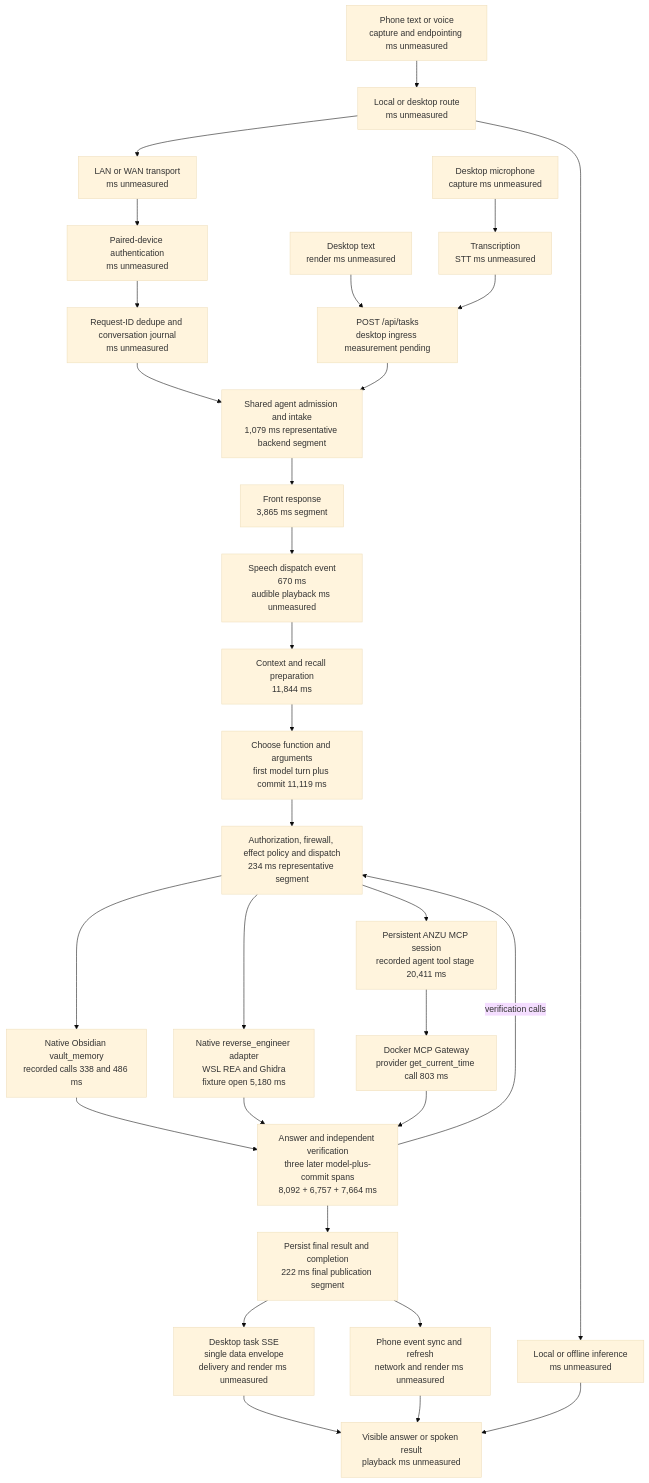
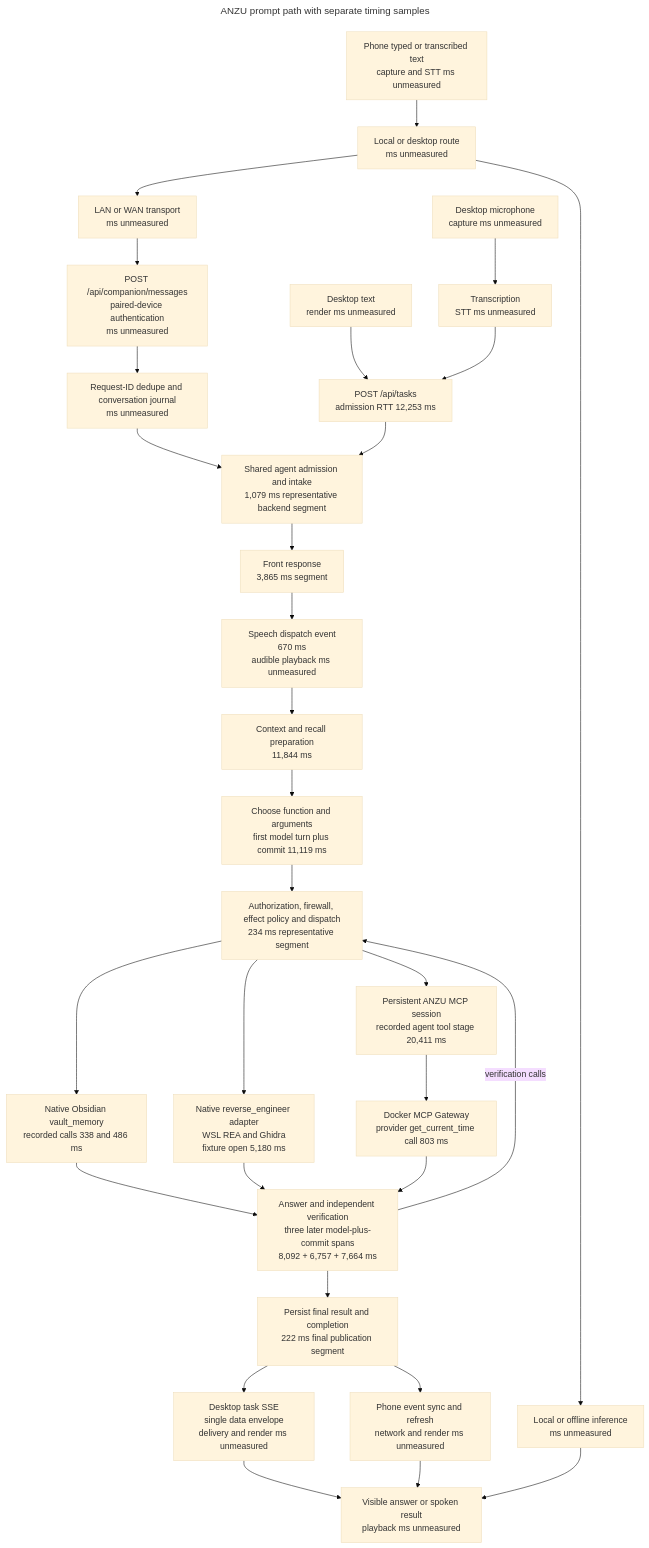
The diagram in docs/mcp-tool-path.md (Daan298261/Jarvis), drawn with Mermaid (base theme) before and after one commit. The commit also changed other lines of this file, not shown here.

Commit message:
docs: record desktop tool-path measurements and checkpoints

````diff
--- a/docs/mcp-tool-path.md
+++ b/docs/mcp-tool-path.md
@@ -23,32 +23,35 @@
 ```mermaid
+---
+title: ANZU prompt path with separate timing samples
+---
 flowchart TD
-    D["Desktop text<br/>render ms unmeasured"] --> DE["POST /api/tasks<br/>desktop ingress measurement pending"]
+    D["Desktop text<br/>render ms unmeasured"] --> DE["POST /api/tasks<br/>admission RTT 12,253 ms"]
     DV["Desktop microphone<br/>capture ms unmeasured"] --> STT["Transcription<br/>STT ms unmeasured"]
     STT --> DE
-    P["Phone text or voice<br/>capture and endpointing ms unmeasured"] --> PM["Local or desktop route<br/>ms unmeasured"]
+    P["Phone typed or transcribed text<br/>capture and STT ms unmeasured"] --> PM["Local or desktop route<br/>ms unmeasured"]
     PM --> PL["Local or offline inference<br/>ms unmeasured"]
     PM --> PN["LAN or WAN transport<br/>ms unmeasured"]
-    PN --> PA["Paired-device authentication<br/>ms unmeasured"]
+    PN --> PA["POST /api/companion/messages<br/>paired-device authentication<br/>ms unmeasured"]
     PA --> PJ["Request-ID dedupe and conversation journal<br/>ms unmeasured"]
     PJ --> AG
     DE --> AG["Shared agent admission and intake<br/>1,079 ms representative backend segment"]
     AG --> FR["Front response<br/>3,865 ms segment"]
     FR --> SP["Speech dispatch event<br/>670 ms<br/>audible playback ms unmeasured"]
     SP --> PRE["Context and recall preparation<br/>11,844 ms"]
     PRE --> MOD["Choose function and arguments<br/>first model turn plus commit 11,119 ms"]
     MOD --> POL["Authorization, firewall, effect policy and dispatch<br/>234 ms representative segment"]
     POL --> N["Native Obsidian vault_memory<br/>recorded calls 338 and 486 ms"]
     POL --> R["Native reverse_engineer adapter<br/>WSL REA and Ghidra<br/>fixture open 5,180 ms"]
     POL --> MC["Persistent ANZU MCP session<br/>recorded agent tool stage 20,411 ms"]
     MC --> GW["Docker MCP Gateway<br/>provider get_current_time call 803 ms"]
     N --> VER
     R --> VER
     GW --> VER["Answer and independent verification<br/>three later model-plus-commit spans<br/>8,092 + 6,757 + 7,664 ms"]
     VER -->|"verification calls"| POL
     VER --> SAVE["Persist final result and completion<br/>222 ms final publication segment"]
     SAVE --> SSE["Desktop task SSE<br/>single data envelope<br/>delivery and render ms unmeasured"]
     SAVE --> PE["Phone event sync and refresh<br/>network and render ms unmeasured"]
     SSE --> OUT["Visible answer or spoken result<br/>playback ms unmeasured"]
     PE --> OUT
     PL --> OUT
 ```
````
